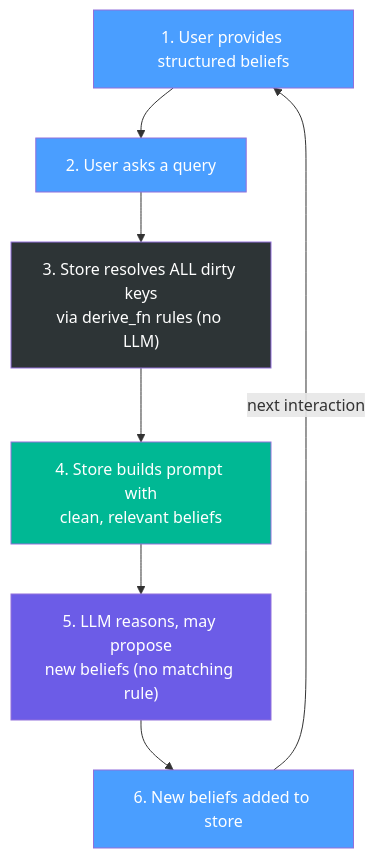
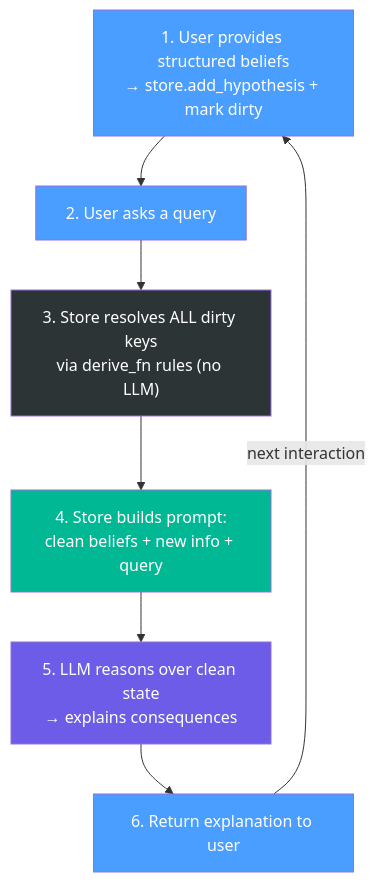
Before and after one commit to sultann-301/Belief-Aware-LLMs: the second of 5 diagrams in Final Agreed Implementation.md, drawn with Mermaid. The commit also changed other lines of this file, not shown here.

````diff
--- a/Final Agreed Implementation.md
+++ b/Final Agreed Implementation.md
@@ -48,19 +50,19 @@
 ```mermaid
 graph TD
-    S1["1. User provides structured beliefs"]
+    S1["1. User provides structured beliefs<br/>→ store.add_hypothesis + mark dirty"]
     S2["2. User asks a query"]
     S3["3. Store resolves ALL dirty keys<br/>via derive_fn rules (no LLM)"]
-    S4["4. Store builds prompt with<br/>clean, relevant beliefs"]
-    S5["5. LLM reasons, may propose<br/>new beliefs (no matching rule)"]
-    S6["6. New beliefs added to store"]
+    S4["4. Store builds prompt:<br/>clean beliefs + new info + query"]
+    S5["5. LLM reasons over clean state<br/>→ explains consequences"]
+    S6["6. Return explanation to user"]
 
     S1 --> S2 --> S3 --> S4 --> S5 --> S6
     S6 -->|"next interaction"| S1
 
     style S1 fill:#4a9eff,color:#fff
     style S2 fill:#4a9eff,color:#fff
     style S3 fill:#2d3436,color:#fff
     style S4 fill:#00b894,color:#fff
     style S5 fill:#6c5ce7,color:#fff
     style S6 fill:#4a9eff,color:#fff
 ```
````
